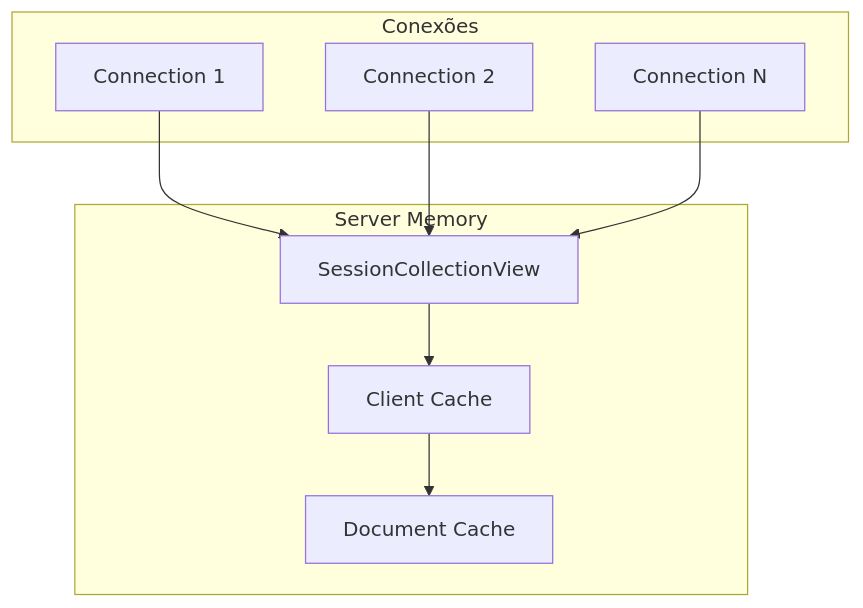
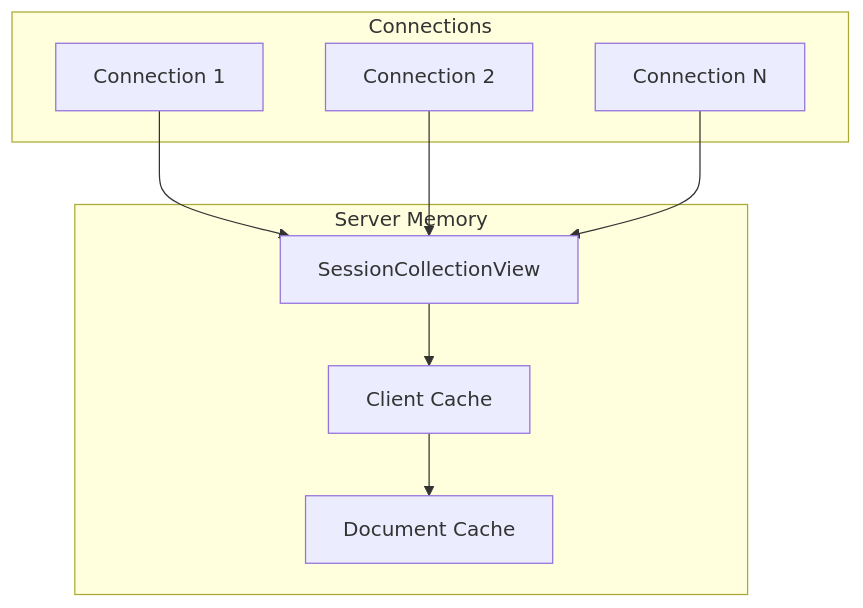
Diagram 13 of 15 in readme.md (italojs/ddp-blog-post), drawn with Mermaid before and after one commit. The commit also changed other lines of this file, not shown here.

````diff
--- a/readme.md
+++ b/readme.md
@@ -1856,21 +1856,21 @@
 ```mermaid
 graph TB
     subgraph "Server Memory"
         SessionCollectionView[SessionCollectionView]
         ClientCache[Client Cache]
         DocumentCache[Document Cache]
     end
     
-    subgraph "Conexões"
+    subgraph "Connections"
         Connection1[Connection 1]
         Connection2[Connection 2]
         ConnectionN[Connection N]
     end
     
     SessionCollectionView --> ClientCache
     ClientCache --> DocumentCache
     
     Connection1 --> SessionCollectionView
     Connection2 --> SessionCollectionView
     ConnectionN --> SessionCollectionView
 ```
````
